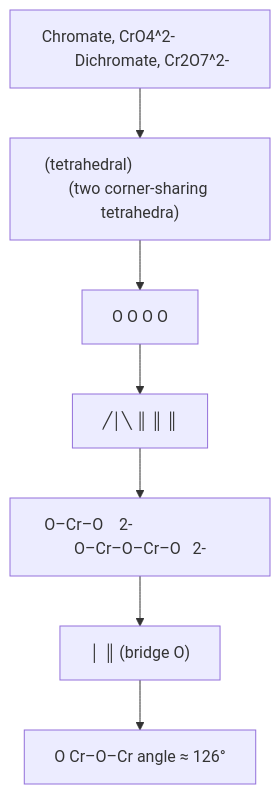
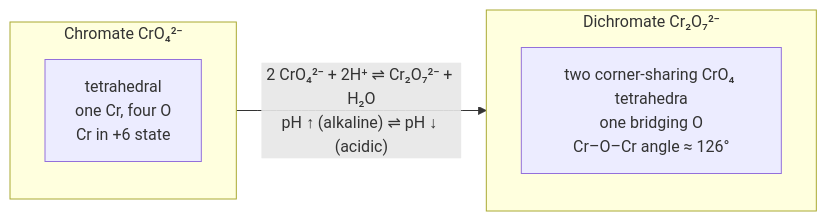
Before and after one commit to SurajGupta2009/Chem_JEEAd_notes: the fifth of 9 diagrams in Inorganic-Chemistry/07-The-d-and-f-Block-Elements/notes.md, drawn with Mermaid. The commit also changed other lines of this file and 60 other files, not shown here.

````diff
--- a/Inorganic-Chemistry/07-The-d-and-f-Block-Elements/notes.md
+++ b/Inorganic-Chemistry/07-The-d-and-f-Block-Elements/notes.md
@@ -605,16 +700,12 @@
 ```mermaid
-flowchart TD
-    N0["Chromate, CrO4^2-                      Dichromate, Cr2O7^2-"]
-    N1["(tetrahedral)                          (two corner-sharing tetrahedra)"]
-    N2["O                                      O      O     O"]
-    N3["╱│╲                                     ║      ║     ║"]
-    N4["O–Cr–O    2-                          O–Cr–O–Cr–O   2-"]
-    N5["│                                         ║     (bridge O)"]
-    N6["O                                    Cr–O–Cr angle ≈ 126°"]
-    N0 --> N1
-    N1 --> N2
-    N2 --> N3
-    N3 --> N4
-    N4 --> N5
-    N5 --> N6
+flowchart LR
+    subgraph Chromate["Chromate CrO₄²⁻"]
+        direction TB
+        c1["tetrahedral<br>one Cr, four O<br>Cr in +6 state"]
+    end
+    subgraph Dichromate["Dichromate Cr₂O₇²⁻"]
+        direction TB
+        d1["two corner-sharing CrO₄ tetrahedra<br>one bridging O<br>Cr–O–Cr angle ≈ 126°"]
+    end
+    Chromate -->|"2 CrO₄²⁻ + 2H⁺ ⇌ Cr₂O₇²⁻ + H₂O<br>pH ↑ (alkaline) ⇌ pH ↓ (acidic)"| Dichromate
 ```
````
